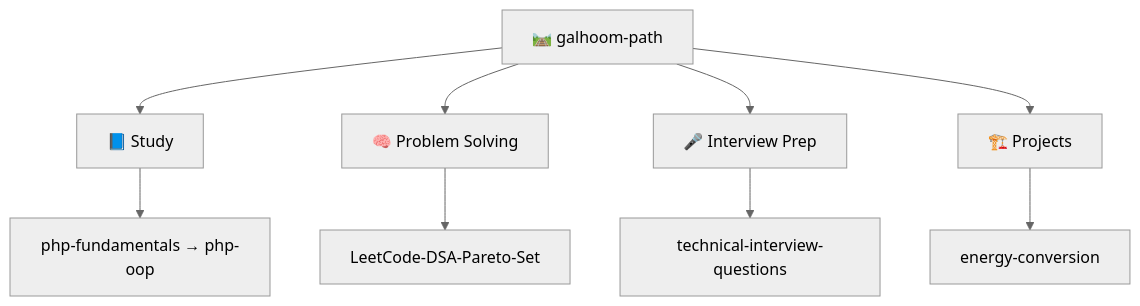
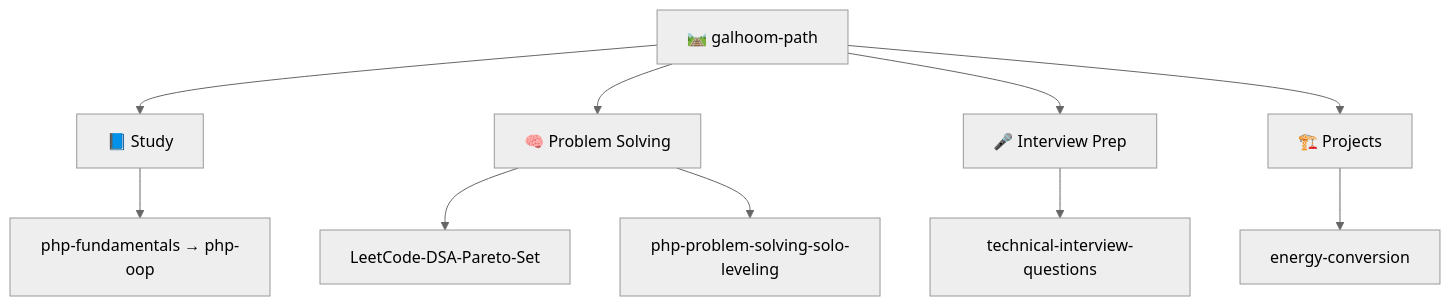
The diagram in README.md (Galhoom22/Galhoom22), drawn with Mermaid (neutral theme) before and after one commit.

Commit message:
profile: add solo-leveling under Problem Solving

````diff
--- a/README.md
+++ b/README.md
@@ -33,12 +33,13 @@
 ```mermaid
 flowchart TB
   ORG["🛤️ galhoom-path"]
   ORG --> S["📘 Study"]
   ORG --> P["🧠 Problem Solving"]
   ORG --> I["🎤 Interview Prep"]
   ORG --> R["🏗️ Projects"]
   S --> S1["php-fundamentals → php-oop"]
   P --> P1["LeetCode-DSA-Pareto-Set"]
+  P --> P2["php-problem-solving-solo-leveling"]
   I --> I1["technical-interview-questions"]
   R --> R1["energy-conversion"]
 ```
````
